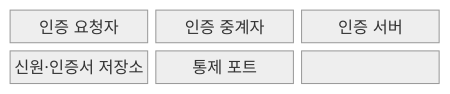
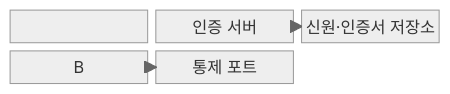
One commit to agnusdei1207/knowledge-base changed the first of 2 diagrams in src/content/docs/notes/04-network/115_802_1x_eap_authentication.md. Above: the diagram before and after it, drawn with Mermaid (neutral theme). The commit also changed other lines of this file and 16 other files, not shown here.

````diff
--- a/src/content/docs/notes/04-network/115_802_1x_eap_authentication.md
+++ b/src/content/docs/notes/04-network/115_802_1x_eap_authentication.md
@@ -55,11 +55,7 @@
 ```mermaid
-block-beta
+block
   columns 3
-  A["인증 요청자"]
-  B["인증 중계자"]
-  C["인증 서버"]
-  D["신원·인증서 저장소"]
-  E["통제 포트"]
-    A --- B --- C
-    C --- D --- E
+  A["인증 요청자"] --> B["인증 중계자"] --> C["인증 서버"]
+  D["신원·인증서 저장소"] --> C
+  B --> E["통제 포트"]
 ```
````
